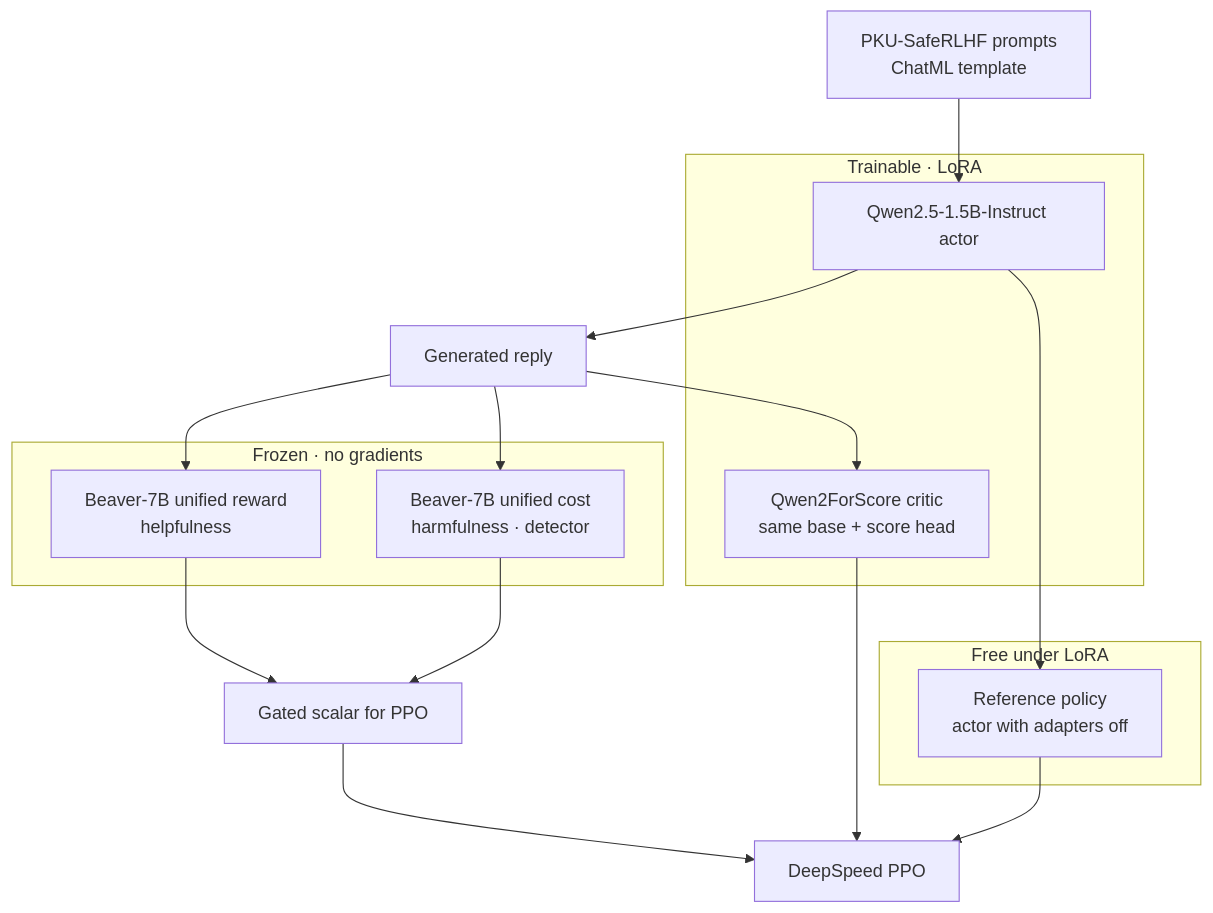
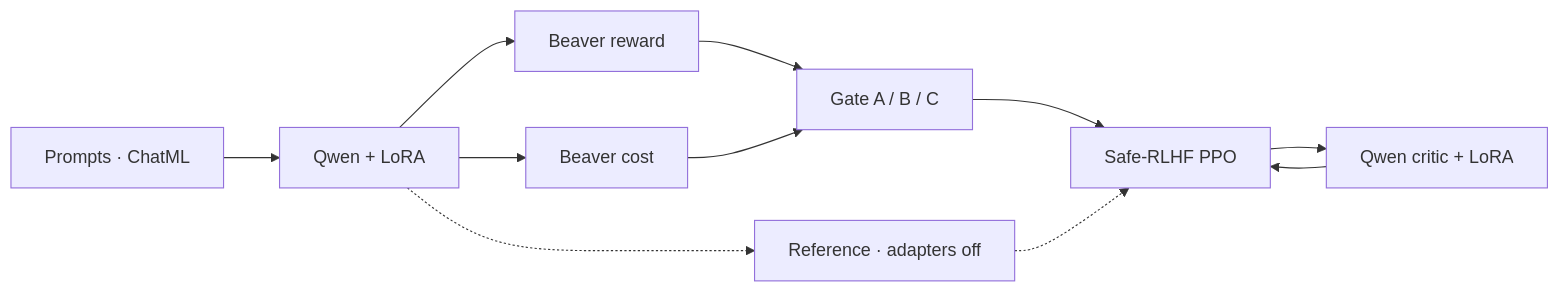
One commit to wendymaboa/Safe-RL-MinMax changed the third of 5 diagrams in docs/worklog/architecture.md. Above: the diagram before and after it, drawn with Mermaid. The commit also changed other lines of this file, not shown here.

Commit message:
Revise architecture documentation

````diff
--- a/docs/worklog/architecture.md
+++ b/docs/worklog/architecture.md
@@ -117,25 +52,13 @@
 ```mermaid
-flowchart TB
-  subgraph Frozen [Frozen · no gradients]
-    RM[Beaver-7B unified reward<br/>helpfulness]
-    CM[Beaver-7B unified cost<br/>harmfulness · detector]
-  end
-  subgraph Trainable [Trainable · LoRA]
-    ACT[Qwen2.5-1.5B-Instruct actor]
-    CRIT[Qwen2ForScore critic<br/>same base + score head]
-  end
-  subgraph Free [Free under LoRA]
-    REF[Reference policy<br/>actor with adapters off]
-  end
-  PROMPT[PKU-SafeRLHF prompts<br/>ChatML template] --> ACT
-  ACT --> GEN[Generated reply]
-  GEN --> RM
-  GEN --> CM
-  GEN --> CRIT
-  ACT --> REF
-  RM --> GATE[Gated scalar for PPO]
-  CM --> GATE
-  GATE --> PPO[DeepSpeed PPO]
-  CRIT --> PPO
-  REF --> PPO
+flowchart LR
+  P[Prompts · ChatML] --> A[Qwen + LoRA]
+  A --> RM[Beaver reward]
+  A --> CM[Beaver cost]
+  RM --> G[Gate A / B / C]
+  CM --> G
+  G --> PPO[Safe-RLHF PPO]
+  PPO --> CR[Qwen critic + LoRA]
+  CR --> PPO
+  A -.-> REF[Reference · adapters off]
+  REF -.-> PPO
 ```
````
